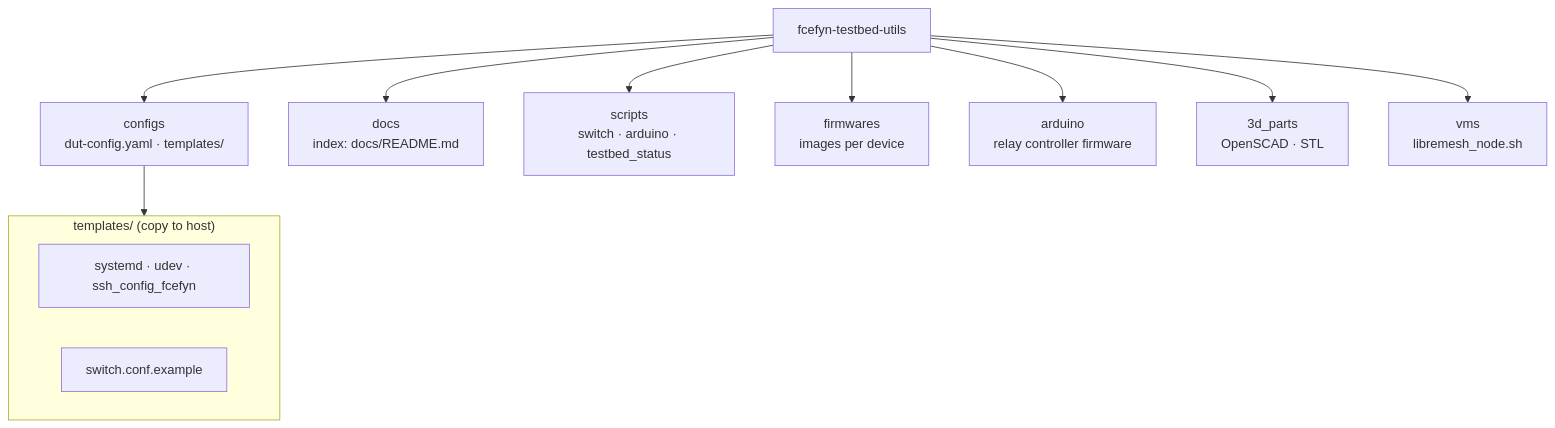
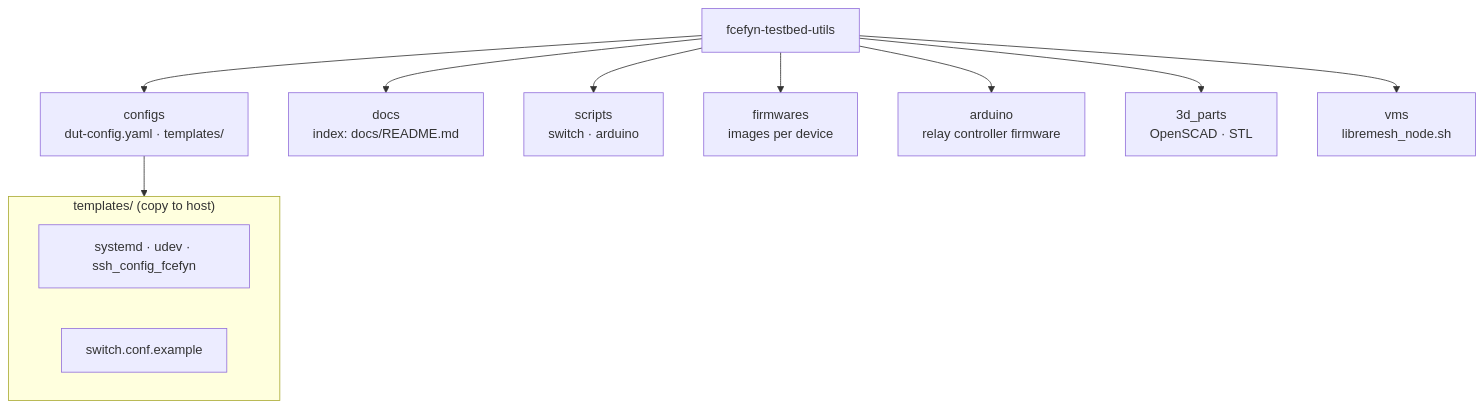
One commit to fcefyn-testbed/fcefyn_testbed_utils changed the diagram in README.md. Above: the diagram before and after it, drawn with Mermaid. The commit also changed other lines of this file and 16 other files, not shown here.

````diff
--- a/README.md
+++ b/README.md
@@ -9,17 +9,17 @@
 ```mermaid
 flowchart TB
   R["fcefyn-testbed-utils"]
   R --> cfg["configs\ndut-config.yaml · templates/"]
   R --> doc["docs\nindex: docs/README.md"]
-  R --> scr["scripts\nswitch · arduino · testbed_status"]
+  R --> scr["scripts\nswitch · arduino"]
   R --> fw["firmwares\nimages per device"]
   R --> ard["arduino\nrelay controller firmware"]
   R --> parts["3d_parts\nOpenSCAD · STL"]
   R --> vm["vms\nlibremesh_node.sh"]
 
   subgraph tmpl["templates/ (copy to host)"]
     t1[systemd · udev · ssh_config_fcefyn]
     t2[switch.conf.example]
   end
   cfg --> tmpl
 ```
````
